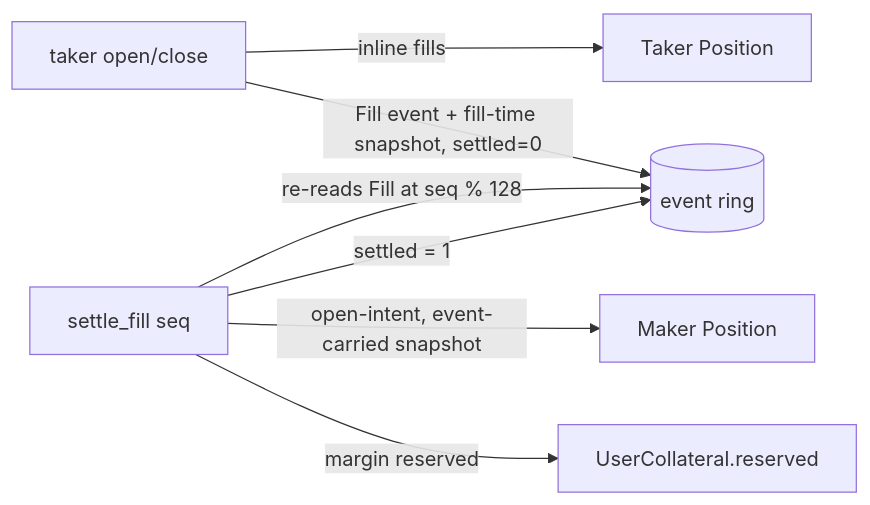
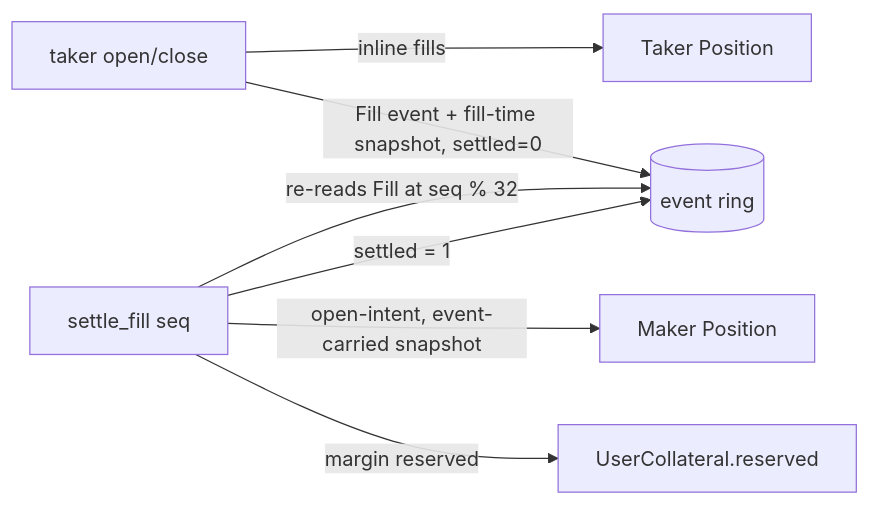
One commit to LaiTszKin/fructus changed the second of 2 diagrams in docs/modules/positions.md. Above: the diagram before and after it, drawn with Mermaid. The commit also changed other lines of this file and 10 other files, not shown here.

````diff
--- a/docs/modules/positions.md
+++ b/docs/modules/positions.md
@@ -200,9 +200,9 @@
 ```mermaid
 graph LR
     T[taker open/close] -->|inline fills| TP[Taker Position]
     T -->|Fill event + fill-time snapshot, settled=0| R[(event ring)]
-    S[settle_fill seq] -->|re-reads Fill at seq % 128| R
+    S[settle_fill seq] -->|re-reads Fill at seq % 32| R
     S -->|open-intent, event-carried snapshot| MP[Maker Position]
     S -->|margin reserved| UC[UserCollateral.reserved]
     S -->|settled = 1| R
 ```
````
